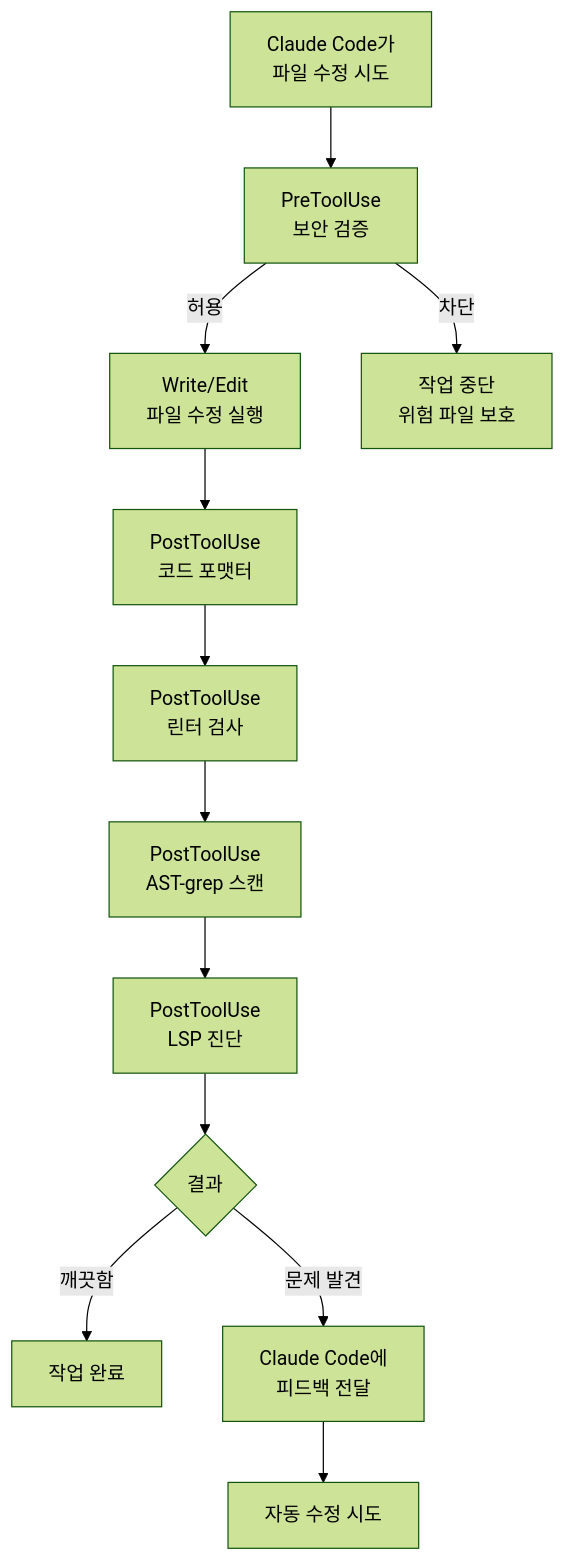
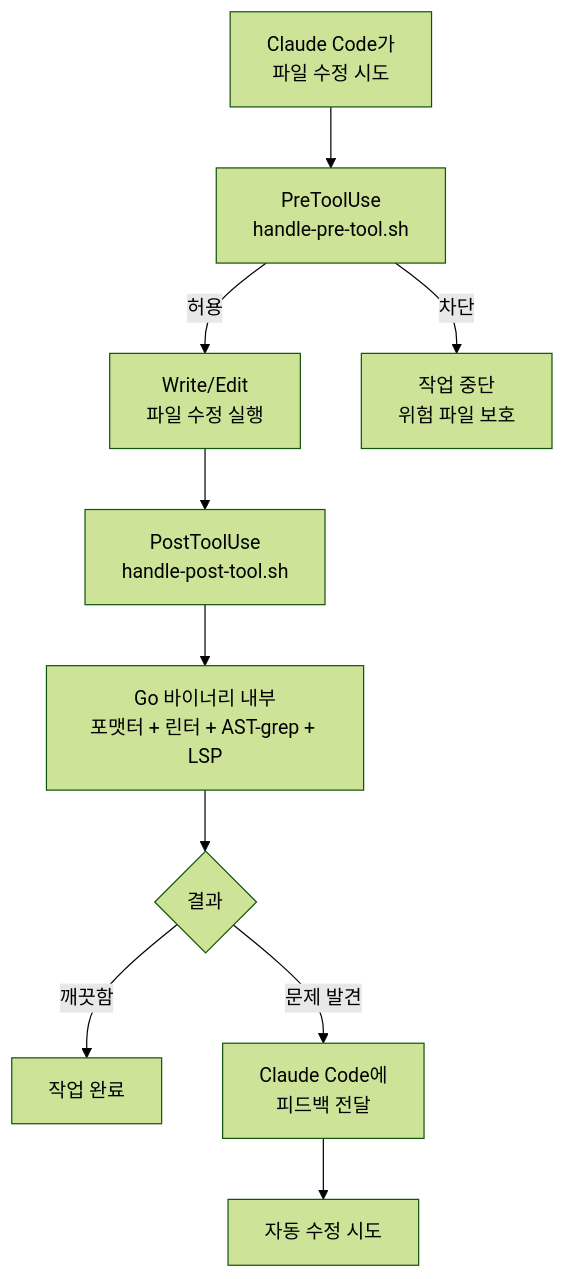
The second of 2 diagrams in docs-site/content/ko/advanced/hooks-guide.md (modu-ai/moai-adk), drawn with Mermaid (forest theme) before and after one commit. The commit also changed other lines of this file and 180 other files, not shown here.

````diff
--- a/docs-site/content/ko/advanced/hooks-guide.md
+++ b/docs-site/content/ko/advanced/hooks-guide.md
@@ -147,17 +147,15 @@
 ```mermaid
 flowchart TD
-    A["Claude Code가<br>파일 수정 시도"] --> B["PreToolUse<br>보안 검증"]
+    A["Claude Code가<br>파일 수정 시도"] --> B["PreToolUse<br>handle-pre-tool.sh"]
 
     B -->|허용| C["Write/Edit<br>파일 수정 실행"]
     B -->|차단| BLOCK["작업 중단<br>위험 파일 보호"]
 
-    C --> D["PostToolUse<br>코드 포맷터"]
-    D --> E["PostToolUse<br>린터 검사"]
-    E --> F["PostToolUse<br>AST-grep 스캔"]
-    F --> G["PostToolUse<br>LSP 진단"]
+    C --> D["PostToolUse<br>handle-post-tool.sh"]
+    D --> D1["Go 바이너리 내부<br>포맷터 + 린터 + AST-grep + LSP"]
 
-    G --> H{결과}
+    D1 --> H{결과}
     H -->|깨끗함| I["작업 완료"]
     H -->|문제 발견| J["Claude Code에<br>피드백 전달"]
     J --> K["자동 수정 시도"]
 ```
````
